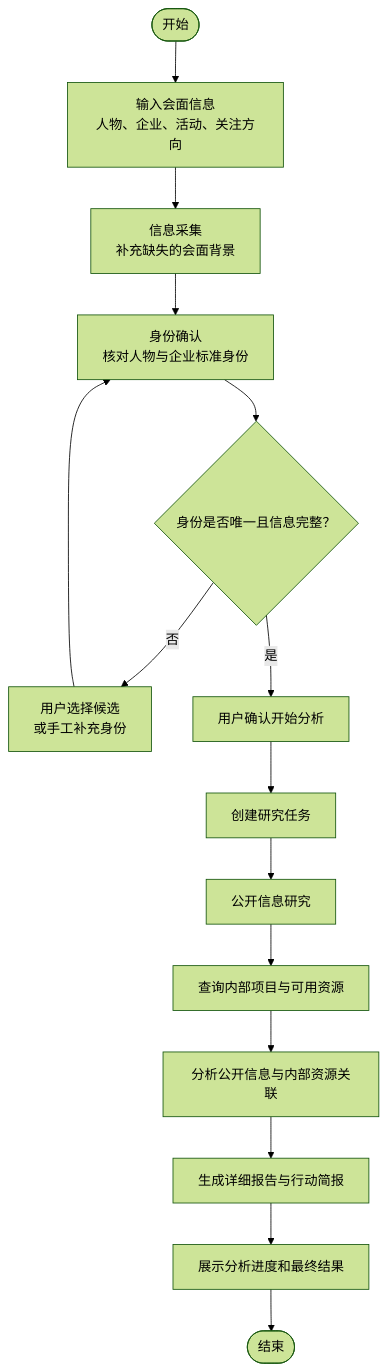
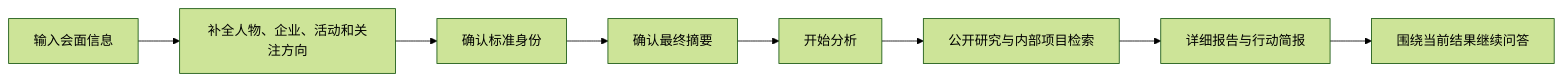
Before and after one commit to 41423577arc-lab/RA: the second of 15 diagrams in README.md, drawn with Mermaid (forest theme). The commit also changed other lines of this file and 2 other files, not shown here.

Commit message:
文档：更新当前架构说明与流程图

````diff
--- a/README.md
+++ b/README.md
@@ -153,23 +86,10 @@
 ```mermaid
-flowchart TD
-    Start(["开始"])
-    Input["输入会面信息<br/>人物、企业、活动、关注方向"]
-    Collect["信息采集<br/>补充缺失的会面背景"]
-    Resolve["身份确认<br/>核对人物与企业标准身份"]
-    NeedConfirm{"身份是否唯一且信息完整？"}
-    UserConfirm["用户选择候选<br/>或手工补充身份"]
-    Ready["用户确认开始分析"]
-    CreateTask["创建研究任务"]
-    PublicResearch["公开信息研究"]
-    InternalSearch["查询内部项目与可用资源"]
-    Association["分析公开信息与内部资源关联"]
-    Report["生成详细报告与行动简报"]
-    Display["展示分析进度和最终结果"]
-    End(["结束"])
-
-    Start --> Input --> Collect --> Resolve --> NeedConfirm
-    NeedConfirm -->|"否"| UserConfirm --> Resolve
-    NeedConfirm -->|"是"| Ready --> CreateTask
-    CreateTask --> PublicResearch --> InternalSearch
-    InternalSearch --> Association --> Report --> Display --> End
+flowchart LR
+    Input["输入会面信息"] --> Intake["补全人物、企业、活动和关注方向"]
+    Intake --> Identity["确认标准身份"]
+    Identity --> Summary["确认最终摘要"]
+    Summary --> Start["开始分析"]
+    Start --> Research["公开研究与内部项目检索"]
+    Research --> Report["详细报告与行动简报"]
+    Report --> Chat["围绕当前结果继续问答"]
 ```
````
